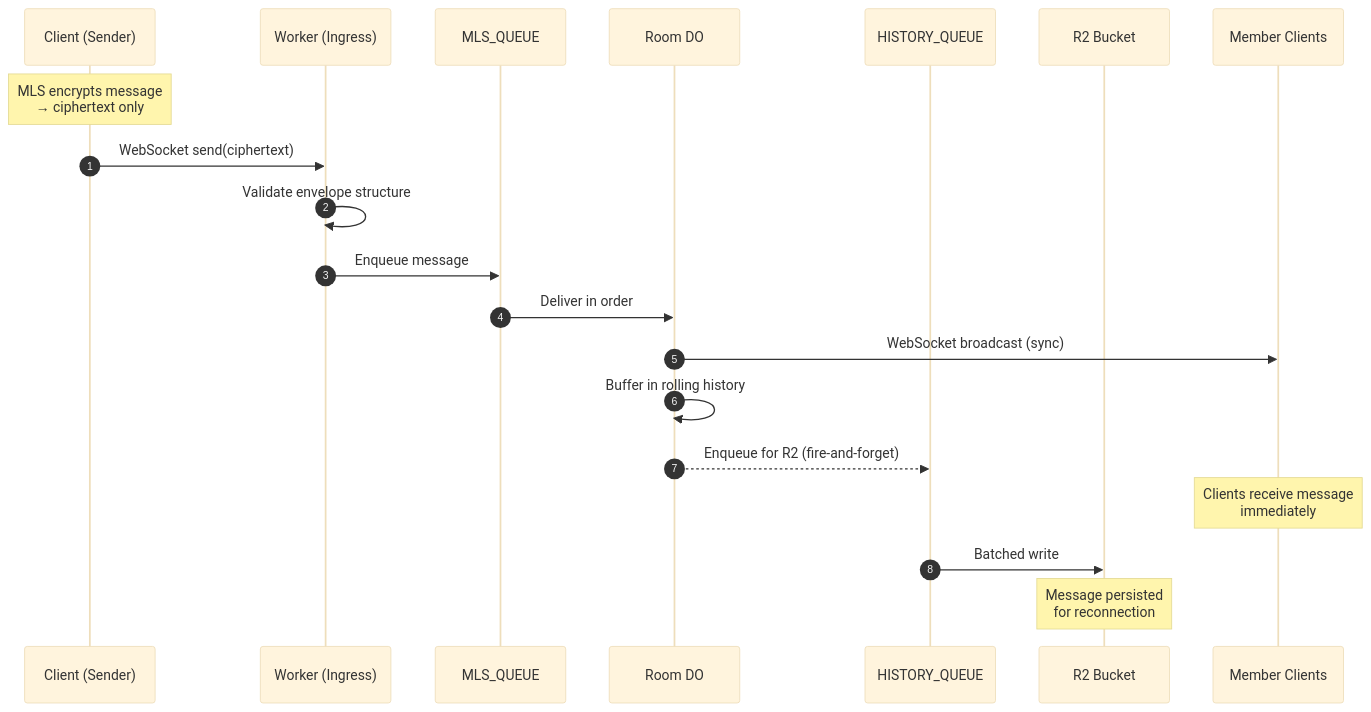
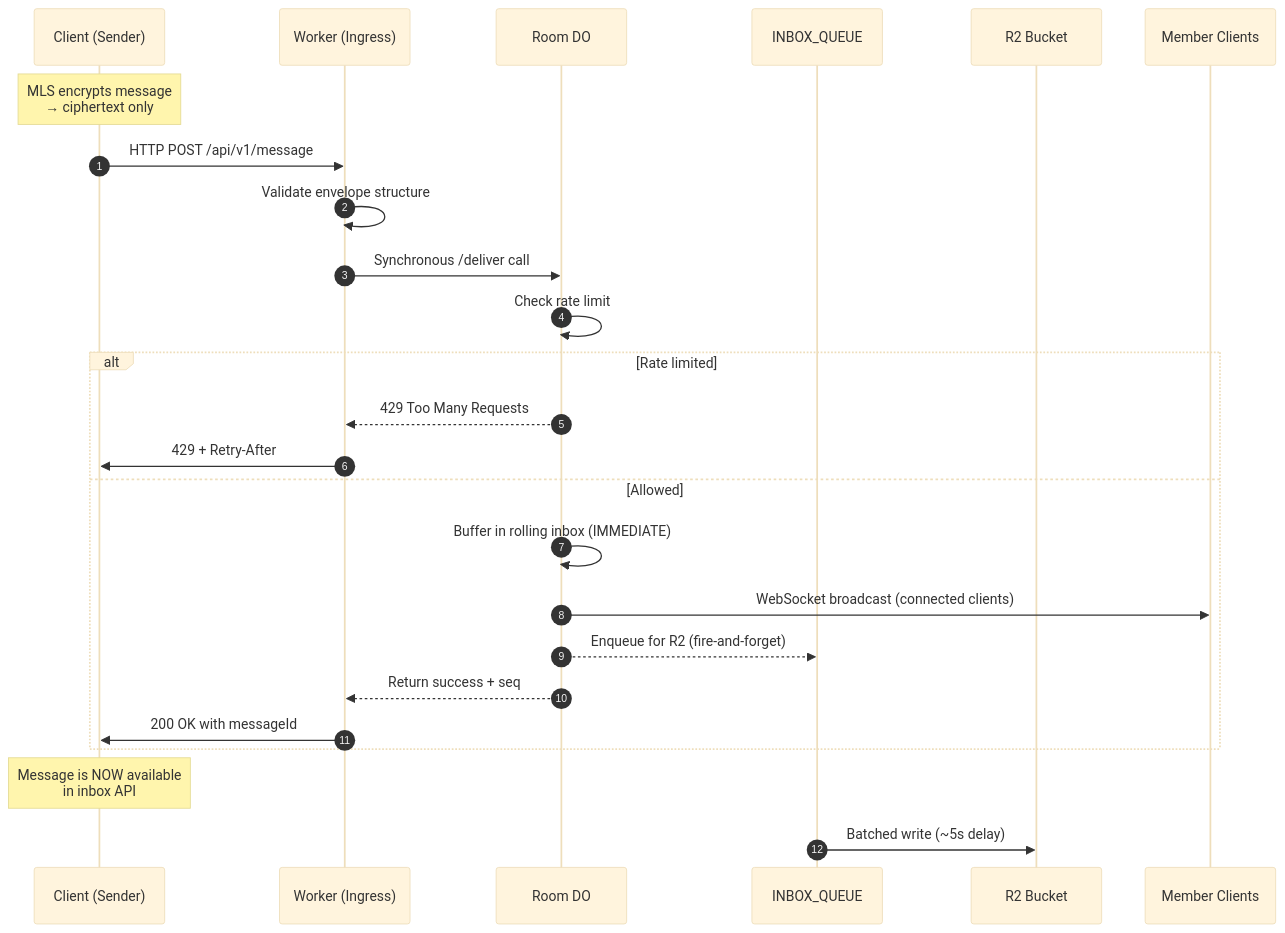
Before and after one commit to tunnl3d/design: the first of 4 diagrams in infra-cf/data-plane.md, drawn with Mermaid (base theme). The commit also changed other lines of this file and 4 other files, not shown here.

````diff
--- a/infra-cf/data-plane.md
+++ b/infra-cf/data-plane.md
@@ -31,29 +92,32 @@
 ```mermaid
 sequenceDiagram
     autonumber
     participant C as Client (Sender)
     participant W as Worker (Ingress)
-    participant MQ as MLS_QUEUE
     participant DO as Room DO
-    participant HQ as HISTORY_QUEUE
+    participant IQ as INBOX_QUEUE
     participant R2 as R2 Bucket
     participant M as Member Clients
 
     Note over C: MLS encrypts message<br/>→ ciphertext only
 
-    C->>W: WebSocket send(ciphertext)
+    C->>W: HTTP POST /api/v1/message
     W->>W: Validate envelope structure
-    W->>MQ: Enqueue message
+    W->>DO: Synchronous /deliver call
+    
+    DO->>DO: Check rate limit
+    alt Rate limited
+        DO-->>W: 429 Too Many Requests
+        W->>C: 429 + Retry-After
+    else Allowed
+        DO->>DO: Buffer in rolling inbox (IMMEDIATE)
+        DO->>M: WebSocket broadcast (connected clients)
+        DO-->>IQ: Enqueue for R2 (fire-and-forget)
+        DO-->>W: Return success + seq
+        W->>C: 200 OK with messageId
+    end
 
-    MQ->>DO: Deliver in order
+    Note over C: Message is NOW available<br/>in inbox API
 
-    DO->>M: WebSocket broadcast (sync)
-    DO->>DO: Buffer in rolling history
-    DO-->>HQ: Enqueue for R2 (fire-and-forget)
-
-    Note over M: Clients receive message<br/>immediately
-
-    HQ->>R2: Batched write
-    
-    Note over R2: Message persisted<br/>for reconnection
+    IQ->>R2: Batched write (~5s delay)
 ```
````
